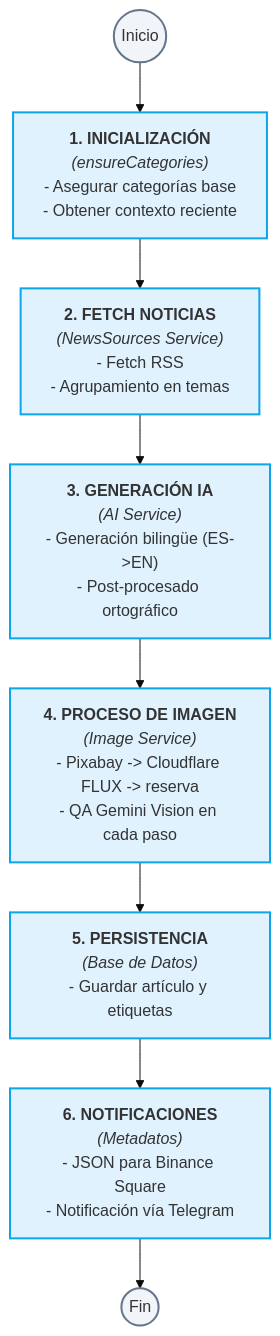
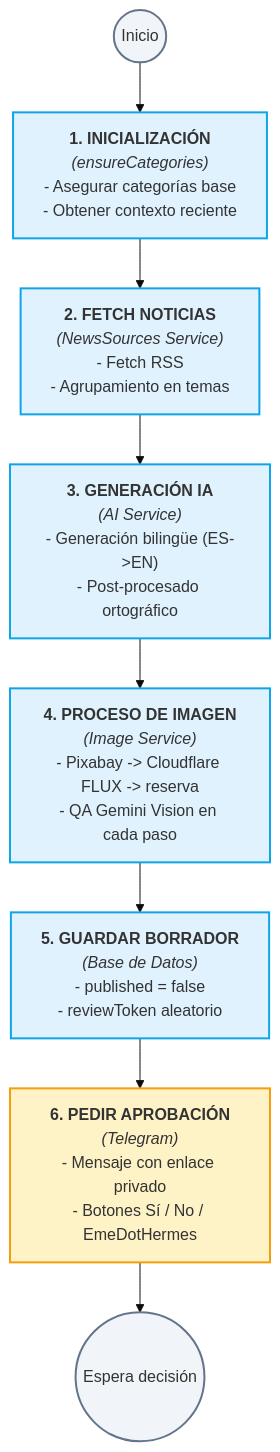
Before and after one commit to CarlosEmerito/EmeDotEme: the first of 2 diagrams in docs/04 - Flujos de Trabajo.md, drawn with Mermaid (base theme). The commit also changed other lines of this file and 16 other files, not shown here.

First line of the commit message:
Imagen: pie de foto descriptivo, sin repeticiones y con su procedencia en la aprobación (#34)

````diff
--- a/docs/04 - Flujos de Trabajo.md
+++ b/docs/04 - Flujos de Trabajo.md
@@ -20,22 +20,22 @@
 ```mermaid
 graph TD
     classDef init fill:#f1f5f9,stroke:#64748b,stroke-width:2px;
     classDef step fill:#e0f2fe,stroke:#0ea5e9,stroke-width:2px;
     classDef alert fill:#fef3c7,stroke:#f59e0b,stroke-width:2px;
 
     Start((Inicio)):::init --> Step1
-    
+
     Step1["<b>1. INICIALIZACIÓN</b><br/><i>(ensureCategories)</i><br/>- Asegurar categorías base<br/>- Obtener contexto reciente"]:::step --> Step2
-    
+
     Step2["<b>2. FETCH NOTICIAS</b><br/><i>(NewsSources Service)</i><br/>- Fetch RSS<br/>- Agrupamiento en temas"]:::step --> Step3
-    
+
     Step3["<b>3. GENERACIÓN IA</b><br/><i>(AI Service)</i><br/>- Generación bilingüe (ES->EN)<br/>- Post-procesado ortográfico"]:::step --> Step4
-    
+
     Step4["<b>4. PROCESO DE IMAGEN</b><br/><i>(Image Service)</i><br/>- Pixabay -> Cloudflare FLUX -> reserva<br/>- QA Gemini Vision en cada paso"]:::step --> Step5
-    
-    Step5["<b>5. PERSISTENCIA</b><br/><i>(Base de Datos)</i><br/>- Guardar artículo y etiquetas"]:::step --> Step6
-    
-    Step6["<b>6. NOTIFICACIONES</b><br/><i>(Metadatos)</i><br/>- JSON para Binance Square<br/>- Notificación vía Telegram"]:::step
-    
-    Step6 --> End((Fin)):::init
+
+    Step5["<b>5. GUARDAR BORRADOR</b><br/><i>(Base de Datos)</i><br/>- published = false<br/>- reviewToken aleatorio"]:::step --> Step6
+
+    Step6["<b>6. PEDIR APROBACIÓN</b><br/><i>(Telegram)</i><br/>- Mensaje con enlace privado<br/>- Botones Sí / No / EmeDotHermes"]:::alert
+
+    Step6 --> End((Espera decisión)):::init
 ```
````
